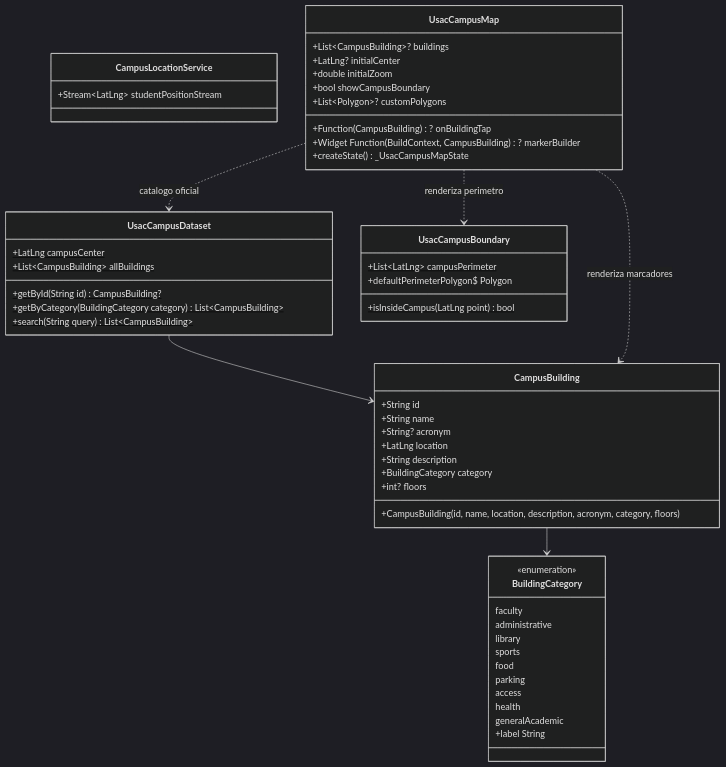
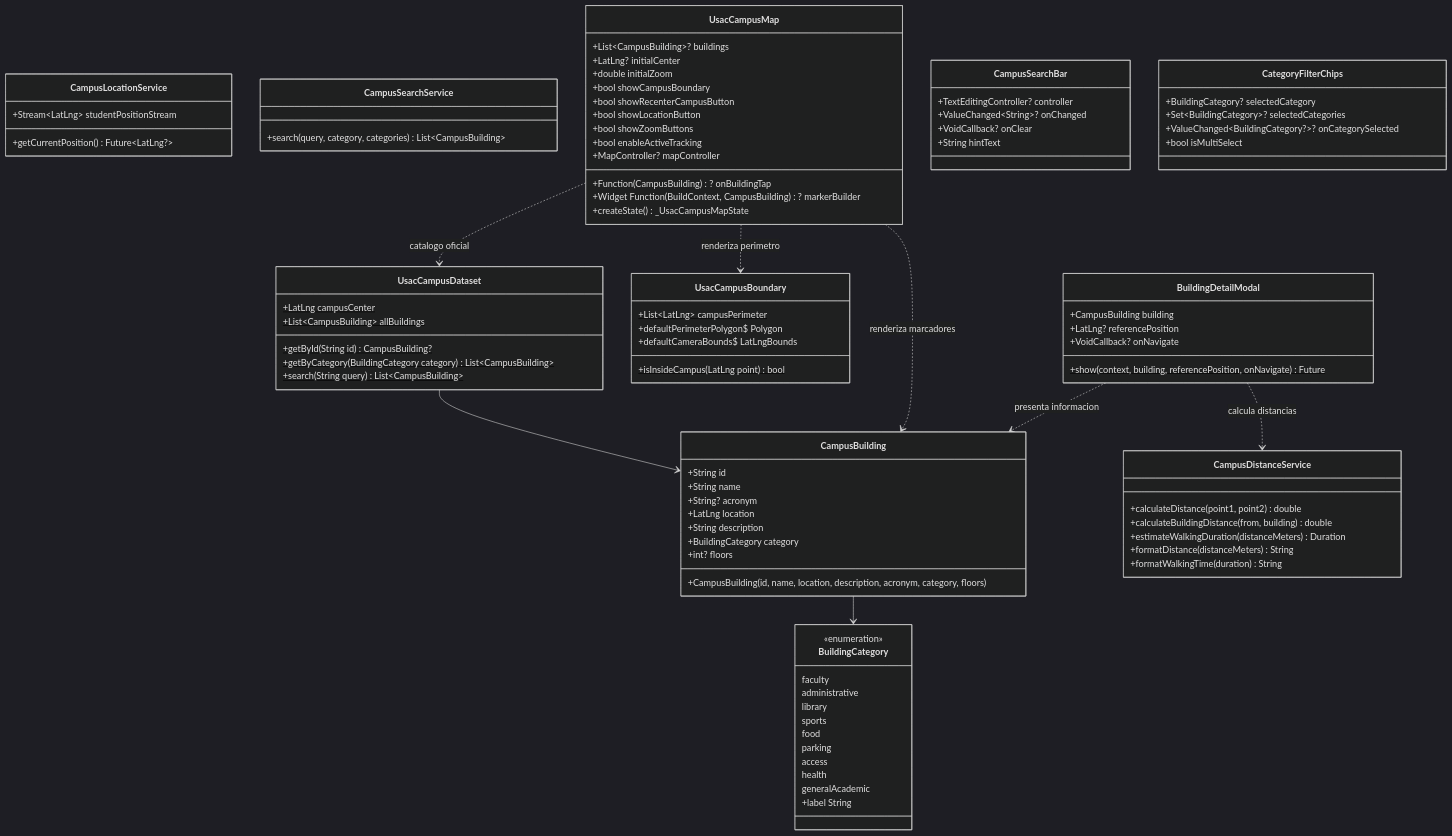
The second of 3 diagrams in README.md (Trebol4Devop/usac_campus_map), drawn with Mermaid (dark theme) before and after one commit. The commit also changed other lines of this file and 10 other files, not shown here.

Commit message:
feat(widgets): implement interactive map controls, search bar, category chips, and detail modal

````diff
--- a/README.md
+++ b/README.md
@@ -167,10 +174,24 @@
         +List~LatLng~ campusPerimeter$
         +isInsideCampus(LatLng point)$ bool
         +defaultPerimeterPolygon$ Polygon
+        +defaultCameraBounds$ LatLngBounds
     }
 
     class CampusLocationService {
         +Stream~LatLng~ studentPositionStream
+        +getCurrentPosition() Future~LatLng?~
+    }
+
+    class CampusSearchService {
+        +search(query, category, categories) List~CampusBuilding~
+    }
+
+    class CampusDistanceService {
+        +calculateDistance(point1, point2) double
+        +calculateBuildingDistance(from, building) double
+        +estimateWalkingDuration(distanceMeters) Duration
+        +formatDistance(distanceMeters) String
+        +formatWalkingTime(duration) String
     }
 
     class UsacCampusMap {
@@ -180,8 +201,33 @@
         +LatLng? initialCenter
         +double initialZoom
         +bool showCampusBoundary
-        +List~Polygon~? customPolygons
+        +bool showRecenterCampusButton
+        +bool showLocationButton
+        +bool showZoomButtons
+        +bool enableActiveTracking
+        +MapController? mapController
         +createState() _UsacCampusMapState
+    }
+
+    class CampusSearchBar {
+        +TextEditingController? controller
+        +ValueChanged~String~? onChanged
+        +VoidCallback? onClear
+        +String hintText
+    }
+
+    class CategoryFilterChips {
+        +BuildingCategory? selectedCategory
+        +Set~BuildingCategory~? selectedCategories
+        +ValueChanged~BuildingCategory?~? onCategorySelected
+        +bool isMultiSelect
+    }
+
+    class BuildingDetailModal {
+        +CampusBuilding building
+        +LatLng? referencePosition
+        +VoidCallback? onNavigate
+        +show(context, building, referencePosition, onNavigate)$ Future
     }
 
     CampusBuilding --> BuildingCategory
@@ -189,4 +235,6 @@
     UsacCampusMap ..> UsacCampusBoundary : renderiza perimetro
     UsacCampusMap ..> CampusBuilding : renderiza marcadores
     UsacCampusMap ..> UsacCampusDataset : catalogo oficial
+    BuildingDetailModal ..> CampusBuilding : presenta informacion
+    BuildingDetailModal ..> CampusDistanceService : calcula distancias
 ```
````
